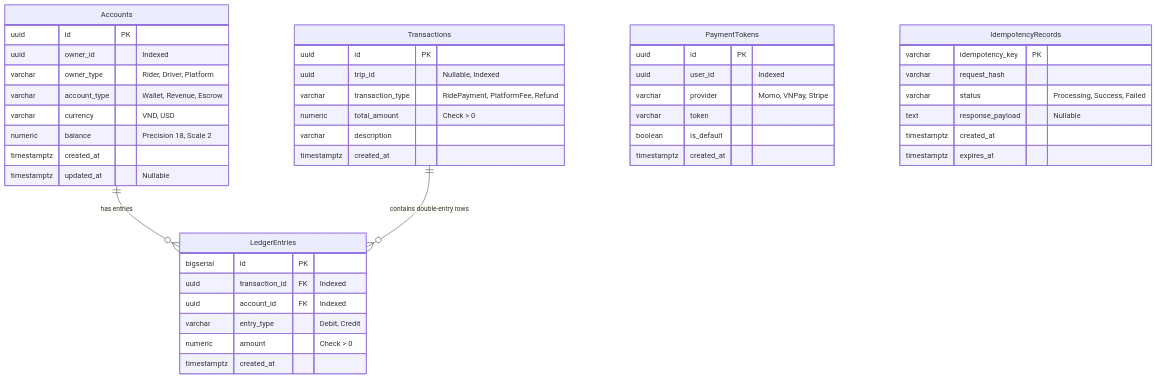
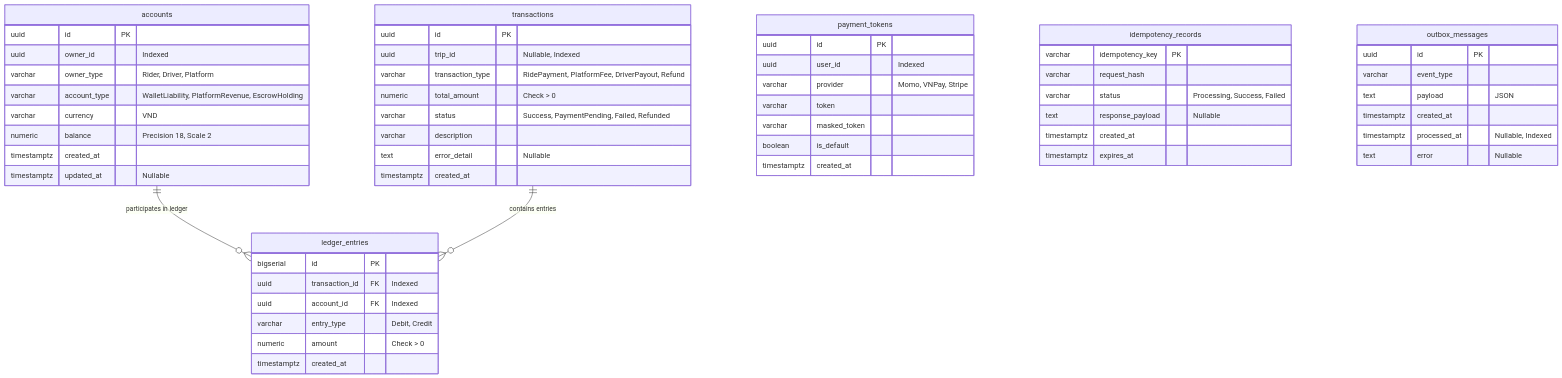
One commit to phwkha/SwiftRide changed the third of 3 diagrams in docs/DATABASE_DESIGN.md. Above: the diagram before and after it, drawn with Mermaid. The commit also changed other lines of this file and 4 other files, not shown here.

Commit message:
Add functional decomposition and detailed sequence diagrams for SwiftRide system

````diff
--- a/docs/DATABASE_DESIGN.md
+++ b/docs/DATABASE_DESIGN.md
@@ -264,52 +340,64 @@
 ```mermaid
 erDiagram
-    Accounts ||--o{ LedgerEntries : "has entries"
-    Transactions ||--o{ LedgerEntries : "contains double-entry rows"
+    accounts ||--o{ ledger_entries : "participates in ledger"
+    transactions ||--o{ ledger_entries : "contains entries"
     
-    Accounts {
+    accounts {
         uuid id PK
         uuid owner_id "Indexed"
         varchar owner_type "Rider, Driver, Platform"
-        varchar account_type "Wallet, Revenue, Escrow"
-        varchar currency "VND, USD"
+        varchar account_type "WalletLiability, PlatformRevenue, EscrowHolding"
+        varchar currency "VND"
         numeric balance "Precision 18, Scale 2"
         timestamptz created_at
         timestamptz updated_at "Nullable"
     }
 
-    Transactions {
+    transactions {
         uuid id PK
         uuid trip_id "Nullable, Indexed"
-        varchar transaction_type "RidePayment, PlatformFee, Refund"
+        varchar transaction_type "RidePayment, PlatformFee, DriverPayout, Refund"
         numeric total_amount "Check > 0"
+        varchar status "Success, PaymentPending, Failed, Refunded"
         varchar description
+        text error_detail "Nullable"
         timestamptz created_at
     }
 
-    LedgerEntries {
+    ledger_entries {
         bigserial id PK
         uuid transaction_id FK "Indexed"
         uuid account_id FK "Indexed"
         varchar entry_type "Debit, Credit"
         numeric amount "Check > 0"
         timestamptz created_at
     }
 
-    PaymentTokens {
+    payment_tokens {
         uuid id PK
         uuid user_id "Indexed"
         varchar provider "Momo, VNPay, Stripe"
         varchar token
+        varchar masked_token
         boolean is_default
         timestamptz created_at
     }
 
-    IdempotencyRecords {
+    idempotency_records {
         varchar idempotency_key PK
         varchar request_hash
         varchar status "Processing, Success, Failed"
         text response_payload "Nullable"
         timestamptz created_at
         timestamptz expires_at
     }
+
+    outbox_messages {
+        uuid id PK
+        varchar event_type
+        text payload "JSON"
+        timestamptz created_at
+        timestamptz processed_at "Nullable, Indexed"
+        text error "Nullable"
+    }
 ```
````
